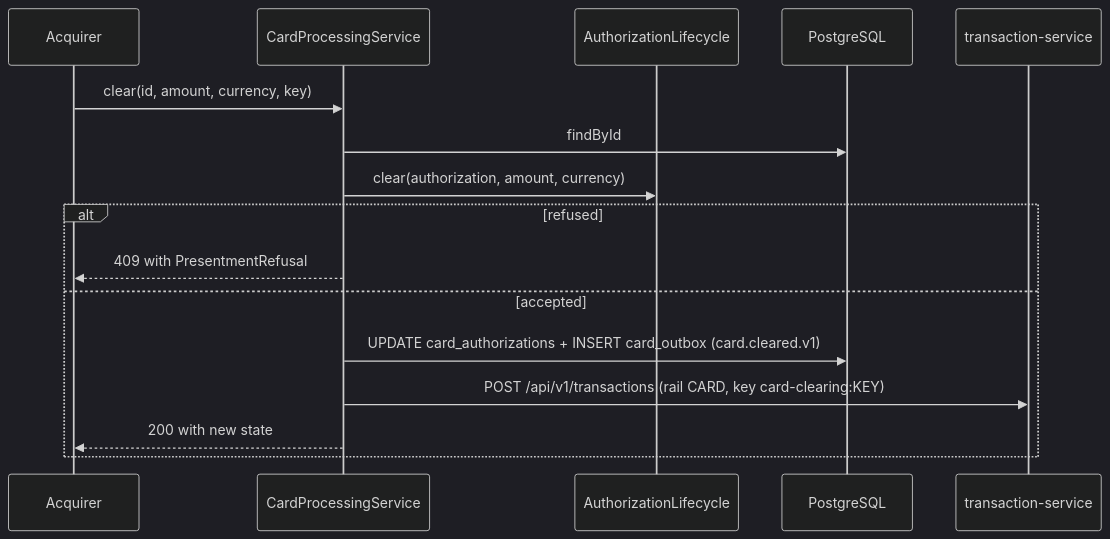
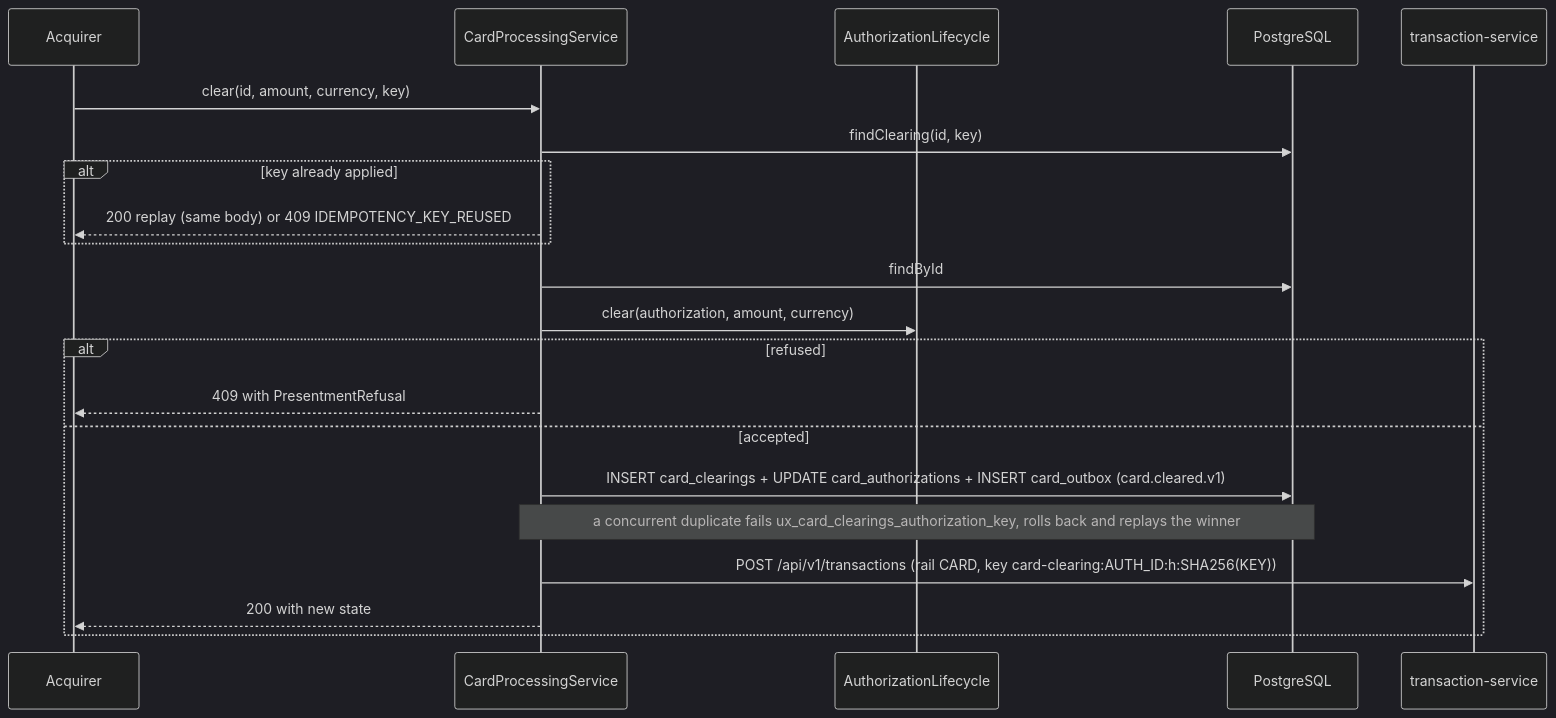
Before and after one commit to JiRaska/open-bank-oss: the fourth of 6 diagrams in openbank-card-processing-service/src/main/resources/docs/02-architecture.en.md, drawn with Mermaid (dark theme). The commit also changed other lines of this file and 25 other files, not shown here.

First line of the commit message:
fix(card-processing): apply each clearing once per key (#11990)

````diff
--- a/openbank-card-processing-service/src/main/resources/docs/02-architecture.en.md
+++ b/openbank-card-processing-service/src/main/resources/docs/02-architecture.en.md
@@ -123,19 +123,24 @@
 ```mermaid
 sequenceDiagram
   participant A as Acquirer
   participant S as CardProcessingService
   participant L as AuthorizationLifecycle
   participant DB as PostgreSQL
   participant T as transaction-service
 
   A->>S: clear(id, amount, currency, key)
+  S->>DB: findClearing(id, key)
+  alt key already applied
+    S-->>A: 200 replay (same body) or 409 IDEMPOTENCY_KEY_REUSED
+  end
   S->>DB: findById
   S->>L: clear(authorization, amount, currency)
   alt refused
     S-->>A: 409 with PresentmentRefusal
   else accepted
-    S->>DB: UPDATE card_authorizations + INSERT card_outbox (card.cleared.v1)
-    S->>T: POST /api/v1/transactions (rail CARD, key card-clearing:KEY)
+    S->>DB: INSERT card_clearings + UPDATE card_authorizations + INSERT card_outbox (card.cleared.v1)
+    Note over S,DB: a concurrent duplicate fails ux_card_clearings_authorization_key, rolls back and replays the winner
+    S->>T: POST /api/v1/transactions (rail CARD, key card-clearing:AUTH_ID:h:SHA256(KEY))
     S-->>A: 200 with new state
   end
 ```
````
